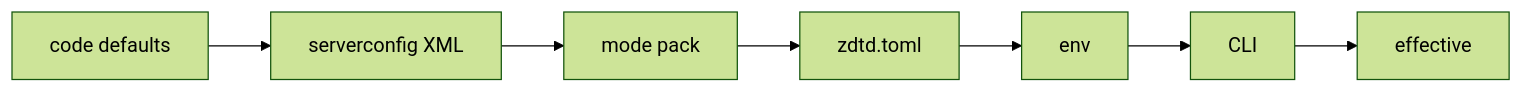
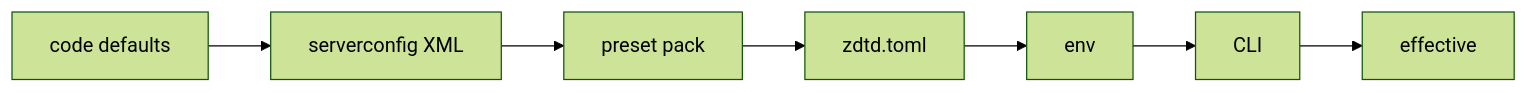
Before and after one commit to hordeforge/zdtd-server: the diagram in docs/GAME_OPTIONS.md, drawn with Mermaid (forest theme). The commit also changed other lines of this file and 32 other files, not shown here.

````diff
--- a/docs/GAME_OPTIONS.md
+++ b/docs/GAME_OPTIONS.md
@@ -41,9 +41,9 @@
 ```mermaid
 flowchart LR
     DFLT["code defaults"] --> SC
     SC["serverconfig XML"] --> MODE
-    MODE["mode pack"] --> TCFG
+    MODE["preset pack"] --> TCFG
     TCFG["zdtd.toml"] --> ENV
     ENV["env"] --> CLI
     CLI["CLI"] --> EFF["effective"]
 ```
````
